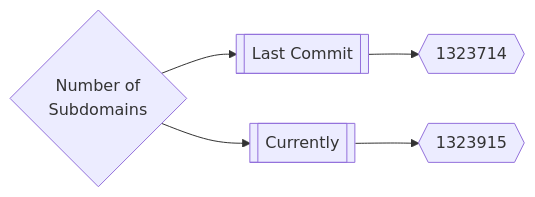
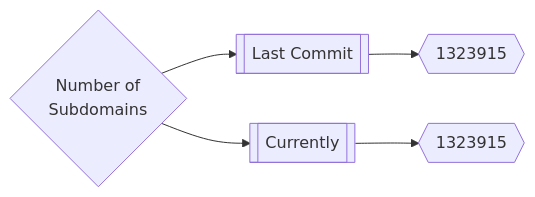
One commit to trickest/inventory changed the first of 3 diagrams in README.md. Above: the diagram before and after it, drawn with Mermaid.

Commit message:
Update Tue Apr  5 19:13:16 UTC 2022

````diff
--- a/README.md
+++ b/README.md
@@ -165,5 +165,5 @@
 ```mermaid
 graph LR
-title{Number of<br>Subdomains} --> subdomainsDate1[[Last Commit]] --> subdomainsNum1{{1323714}}
+title{Number of<br>Subdomains} --> subdomainsDate1[[Last Commit]] --> subdomainsNum1{{1323915}}
 title --> subdomainsDate2[[Currently]] --> subdomainsNum2{{1323915}}
 ```
````
